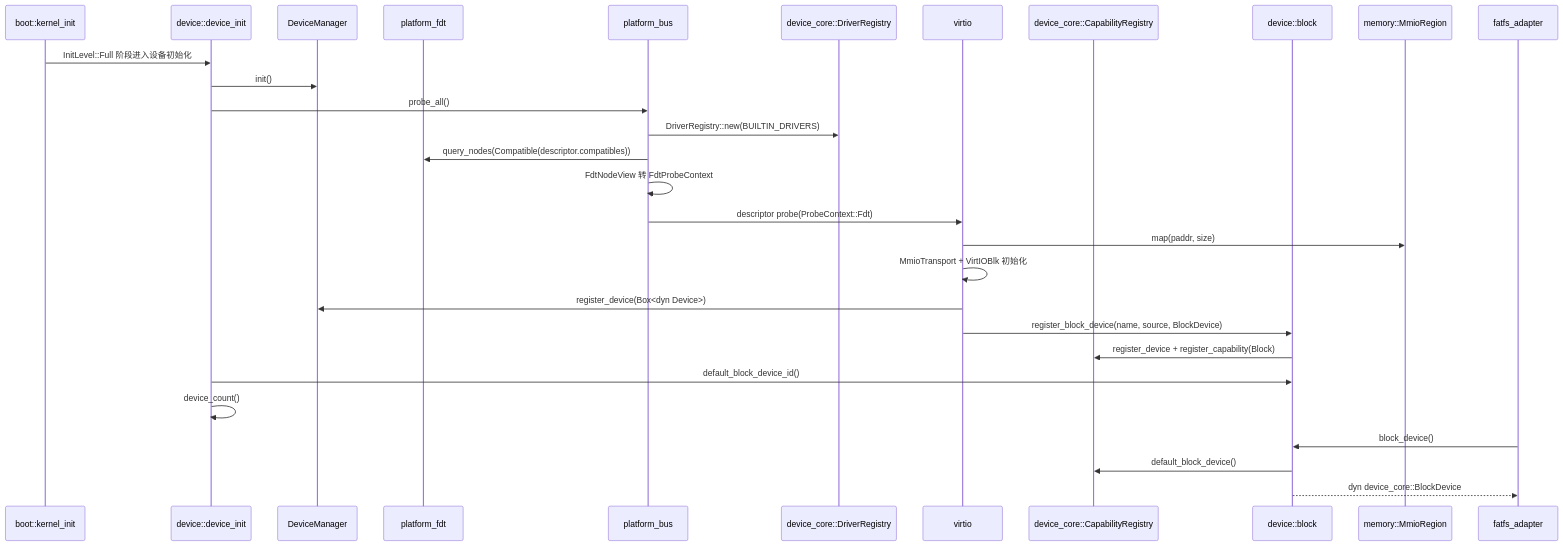
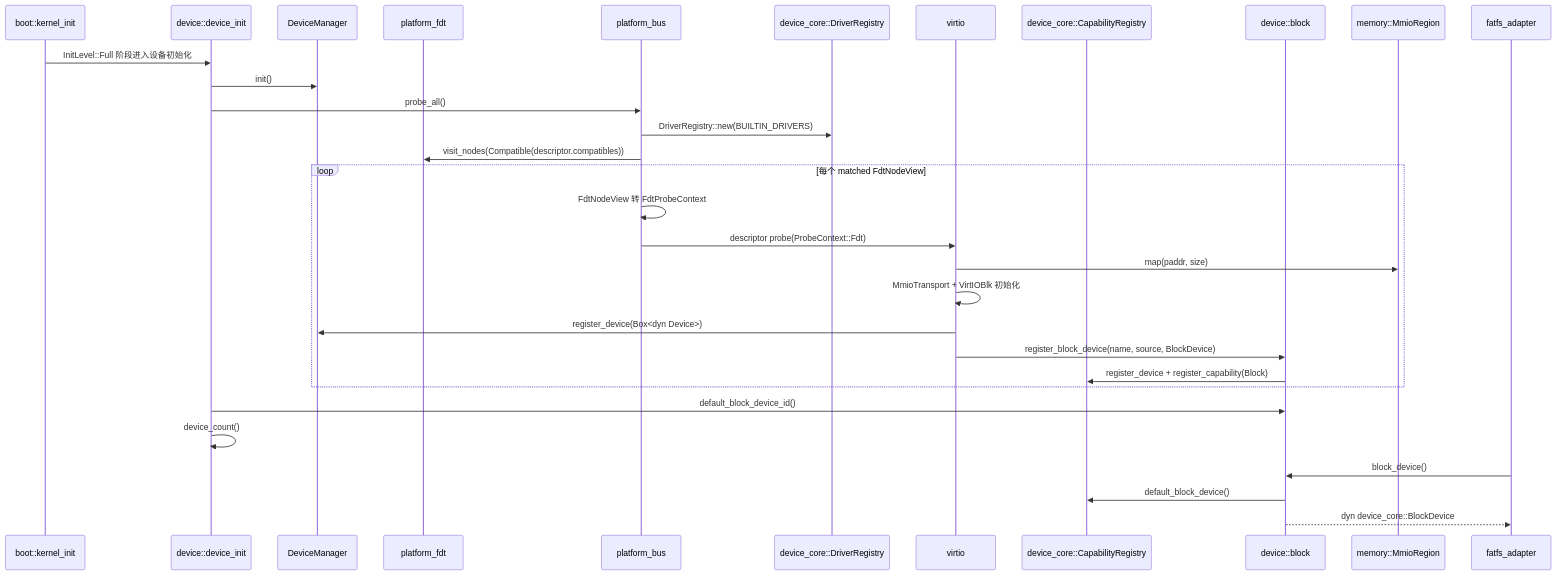
Before and after one commit to MRNIU/SimpleKernel: the diagram in docs/design/device-subsystem-current.md, drawn with Mermaid. The commit also changed other lines of this file and 4 other files, not shown here.

First line of the commit message:
fix(device): stream FDT compatible probing

````diff
--- a/docs/design/device-subsystem-current.md
+++ b/docs/design/device-subsystem-current.md
@@ -36,32 +36,34 @@
 ```mermaid
 sequenceDiagram
   participant Boot as boot::kernel_init
   participant Device as device::device_init
   participant Manager as DeviceManager
   participant Fdt as platform_fdt
   participant Bus as platform_bus
   participant Registry as device_core::DriverRegistry
   participant Virtio as virtio
   participant Capability as device_core::CapabilityRegistry
   participant Block as device::block
   participant Memory as memory::MmioRegion
   participant Fs as fatfs_adapter
 
   Boot->>Device: InitLevel::Full 阶段进入设备初始化
   Device->>Manager: init()
   Device->>Bus: probe_all()
   Bus->>Registry: DriverRegistry::new(BUILTIN_DRIVERS)
-  Bus->>Fdt: query_nodes(Compatible(descriptor.compatibles))
-  Bus->>Bus: FdtNodeView 转 FdtProbeContext
-  Bus->>Virtio: descriptor probe(ProbeContext::Fdt)
-  Virtio->>Memory: map(paddr, size)
-  Virtio->>Virtio: MmioTransport + VirtIOBlk 初始化
-  Virtio->>Manager: register_device(Box<dyn Device>)
-  Virtio->>Block: register_block_device(name, source, BlockDevice)
-  Block->>Capability: register_device + register_capability(Block)
+  Bus->>Fdt: visit_nodes(Compatible(descriptor.compatibles))
+  loop 每个 matched FdtNodeView
+    Bus->>Bus: FdtNodeView 转 FdtProbeContext
+    Bus->>Virtio: descriptor probe(ProbeContext::Fdt)
+    Virtio->>Memory: map(paddr, size)
+    Virtio->>Virtio: MmioTransport + VirtIOBlk 初始化
+    Virtio->>Manager: register_device(Box<dyn Device>)
+    Virtio->>Block: register_block_device(name, source, BlockDevice)
+    Block->>Capability: register_device + register_capability(Block)
+  end
   Device->>Block: default_block_device_id()
   Device->>Device: device_count()
   Fs->>Block: block_device()
   Block->>Capability: default_block_device()
   Block-->>Fs: dyn device_core::BlockDevice
 ```
````
